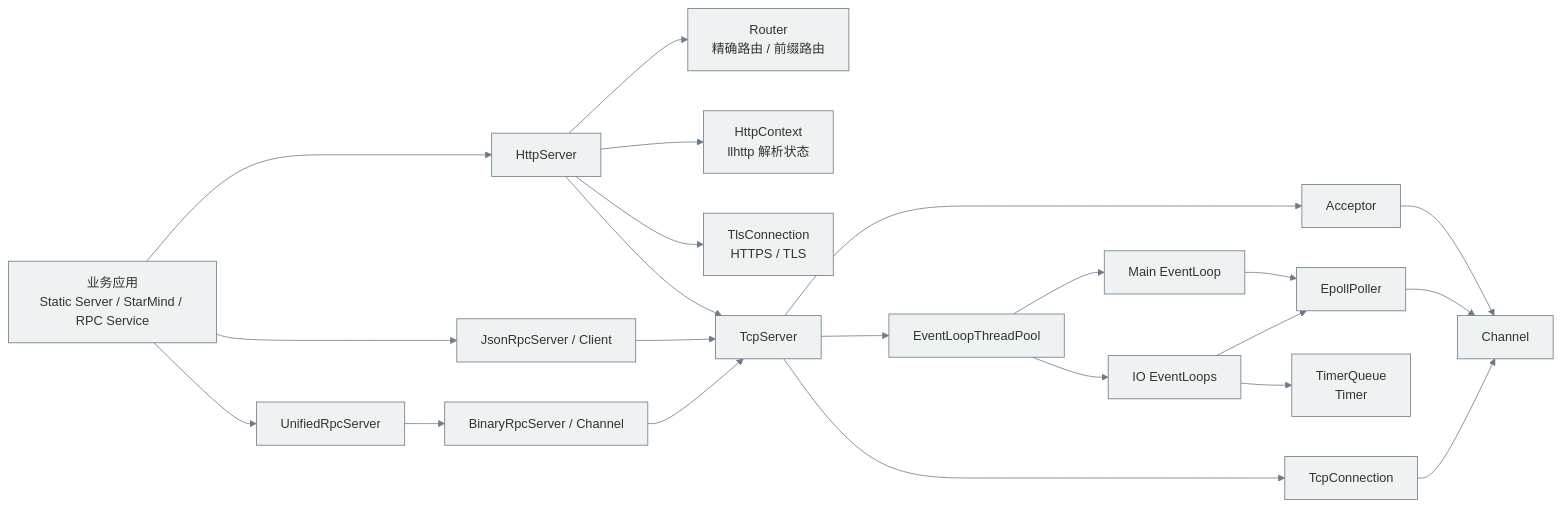
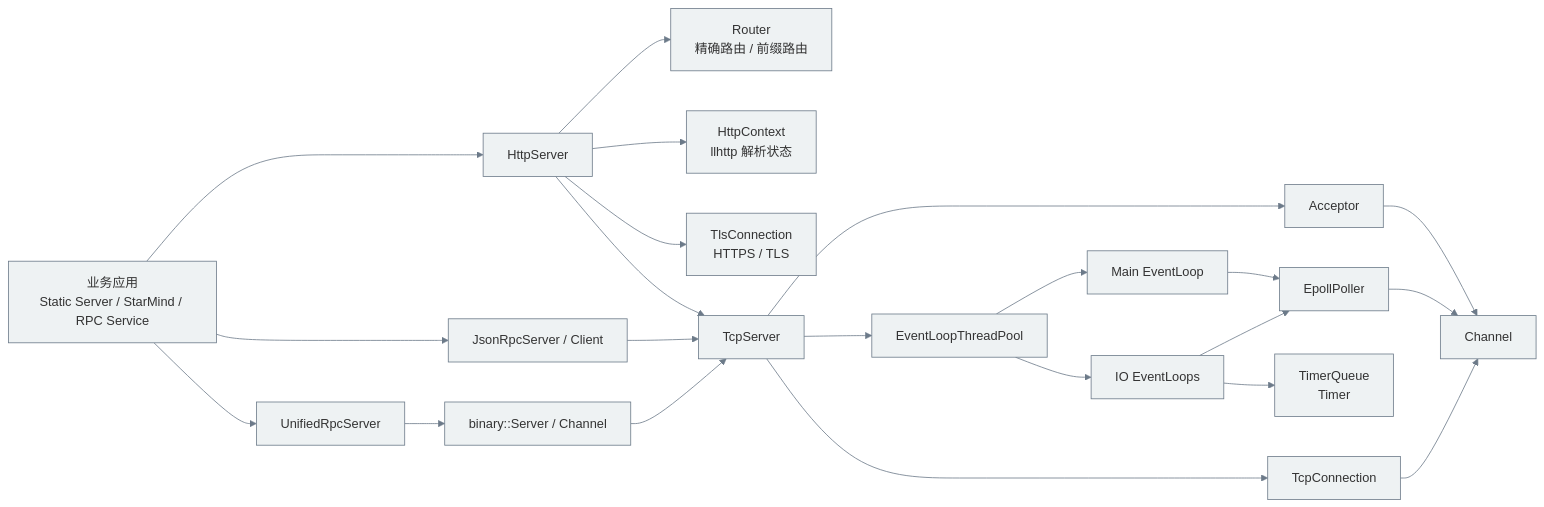
The second of 2 diagrams in README.md (WenXingming/Tudou), drawn with Mermaid before and after one commit. The commit also changed other lines of this file and 81 other files, not shown here.

Commit message:
Refactor：BinaryRpc Server 服务器

````diff
--- a/README.md
+++ b/README.md
@@ -129,44 +129,44 @@
 ```mermaid
 %%{init: {
     "theme": "base",
     "themeVariables": {
         "fontFamily": "Inter, Helvetica, sans-serif",
         "fontSize": "16px",
         "primaryColor": "#eef2f3",
         "primaryTextColor": "#333",
         "primaryBorderColor": "#6c7a89",
         "lineColor": "#6c7a89"
     }
 }}%%
 flowchart LR
     App[业务应用\nStatic Server / StarMind / RPC Service] --> HttpServer[HttpServer]
     HttpServer --> Router[Router\n精确路由 / 前缀路由]
     HttpServer --> HttpContext[HttpContext\nllhttp 解析状态]
     HttpServer --> Tls[TlsConnection\nHTTPS / TLS]
     HttpServer --> TcpServer[TcpServer]
 
     App --> JsonRpc[JsonRpcServer / Client]
     App --> UnifiedRpc[UnifiedRpcServer]
-    UnifiedRpc --> BinaryRpc[BinaryRpcServer / Channel]
+    UnifiedRpc --> BinaryRpc[binary::Server / Channel]
     JsonRpc --> TcpServer
     BinaryRpc --> TcpServer
 
     TcpServer --> Acceptor[Acceptor]
     Acceptor --> Channel[Channel]
 
     TcpServer --> Pool[EventLoopThreadPool]
     Pool --> MainLoop[Main EventLoop]
     MainLoop --> Poller[EpollPoller]
     Poller --> Channel
     Pool --> IoLoops[IO EventLoops]
     IoLoops --> Poller
     IoLoops --> TimerQueue[TimerQueue \n Timer]
   
 
     TcpServer --> Conn[TcpConnection]
     Conn --> Channel
 
     class App,HttpServer,Router,HttpContext,Tls httpNode
     class TcpServer,Acceptor,Conn,Buffer,Heartbeat tcpNode
     class Pool,MainLoop,IoLoops,Poller,Channel,TimerQueue reactorNode
 ```
````
